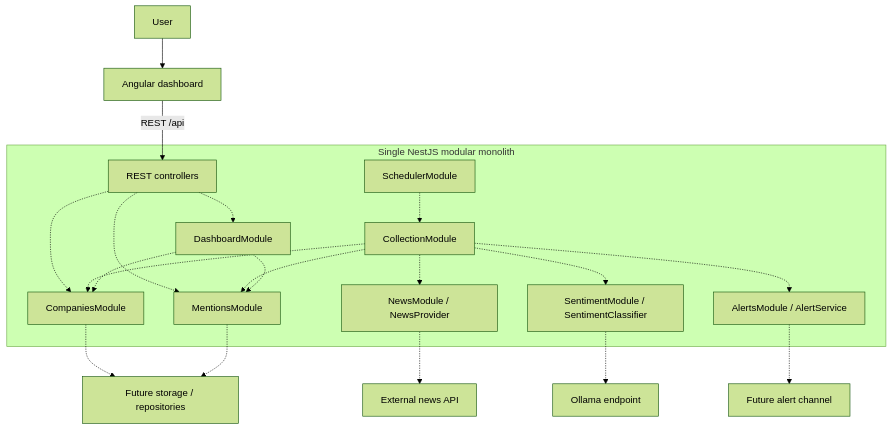
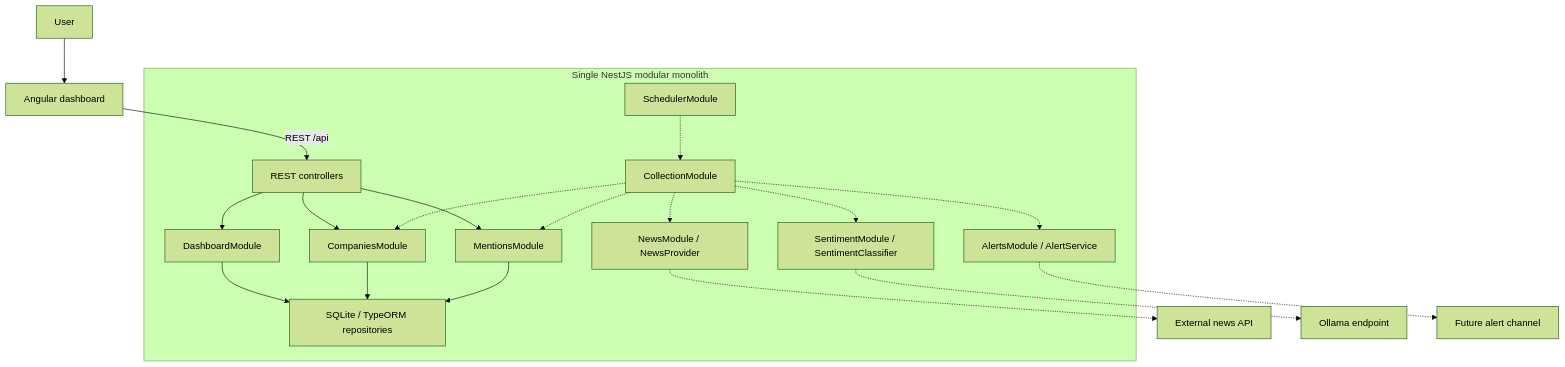
Before and after one commit to HenFaibishProjects/ourcrowd-press-monitor: the first of 2 diagrams in docs/ARCHITECTURE.md, drawn with Mermaid (forest theme). The commit also changed other lines of this file and 38 other files, not shown here.

````diff
--- a/docs/ARCHITECTURE.md
+++ b/docs/ARCHITECTURE.md
@@ -47,24 +62,23 @@
 ```mermaid
 flowchart TD
     User[User] --> Angular[Angular dashboard]
     Angular -->|REST /api| API
     subgraph Nest[Single NestJS modular monolith]
         API[REST controllers]
-        API -.-> Dashboard[DashboardModule]
-        API -.-> Companies[CompaniesModule]
-        API -.-> Mentions[MentionsModule]
+        API --> Dashboard[DashboardModule]
+        API --> Companies[CompaniesModule]
+        API --> Mentions[MentionsModule]
         Scheduler[SchedulerModule] -.-> Collection[CollectionModule]
         Collection -.-> Companies
         Collection -.-> News[NewsModule / NewsProvider]
         Collection -.-> Sentiment[SentimentModule / SentimentClassifier]
         Collection -.-> Mentions
         Collection -.-> Alerts[AlertsModule / AlertService]
-        Dashboard -.-> Companies
-        Dashboard -.-> Mentions
+        Dashboard --> Storage
     end
     News -.-> NewsAPI[External news API]
     Sentiment -.-> Ollama[Ollama endpoint]
-    Companies -.-> Storage[Future storage / repositories]
-    Mentions -.-> Storage
+    Companies --> Storage[SQLite / TypeORM repositories]
+    Mentions --> Storage
     Alerts -.-> Channel[Future alert channel]
 ```
````
